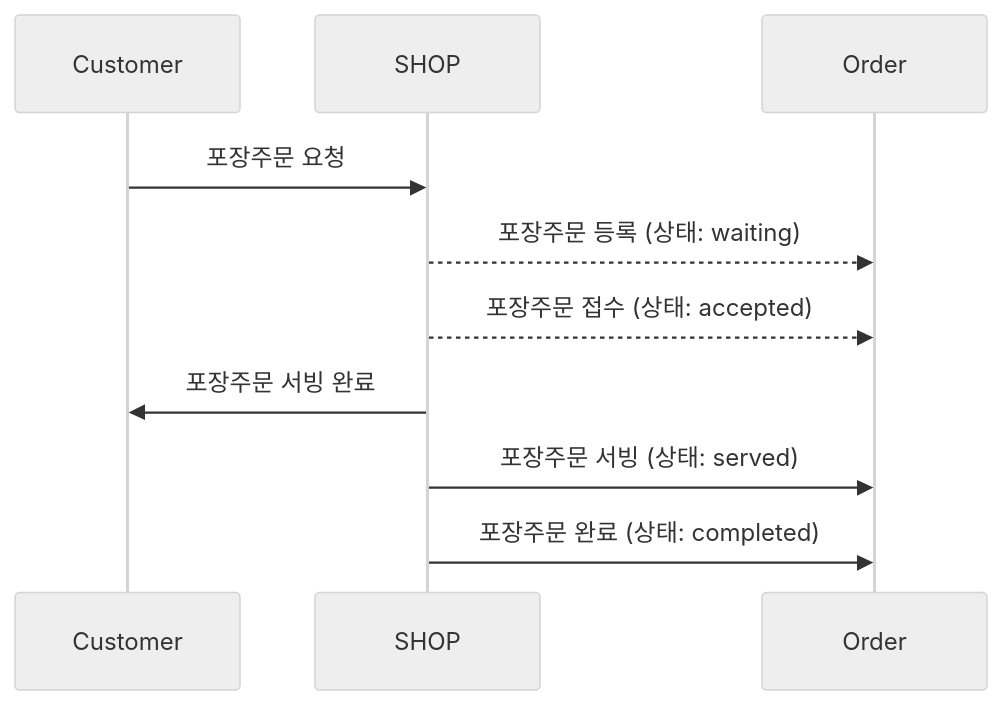
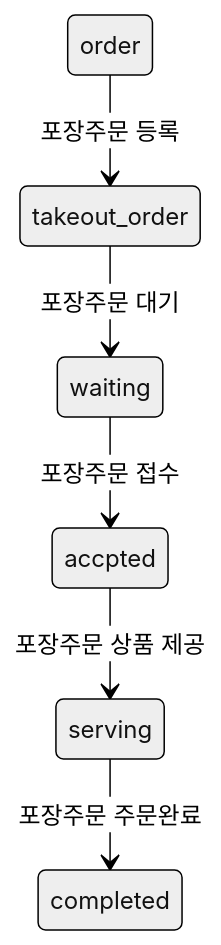
Before and after one commit to jinyoonYang/ddd-strategic-design: the seventh of 7 diagrams in README.md, drawn with Mermaid (neutral theme). The commit also changed other lines of this file, not shown here.

````diff
--- a/README.md
+++ b/README.md
@@ -342,11 +346,9 @@
 ```mermaid
-sequenceDiagram
-    participant Customer
-    participant SHOP
-    Customer ->> SHOP: 포장주문 요청
-    SHOP -->> Order: 포장주문 등록 (상태: waiting)
-    SHOP -->> Order: 포장주문 접수 (상태: accepted)
-    SHOP ->> Customer: 포장주문 서빙 완료
-    SHOP ->> Order: 포장주문 서빙 (상태: served)
-    SHOP ->> Order: 포장주문 완료 (상태: completed)
+stateDiagram-v2
+  table: order
+  table --> takeout_order: 포장주문 등록
+  takeout_order --> waiting : 포장주문 대기
+  waiting --> accpted : 포장주문 접수
+  accpted --> serving : 포장주문 상품 제공
+  serving --> completed : 포장주문 주문완료
 ```
````
